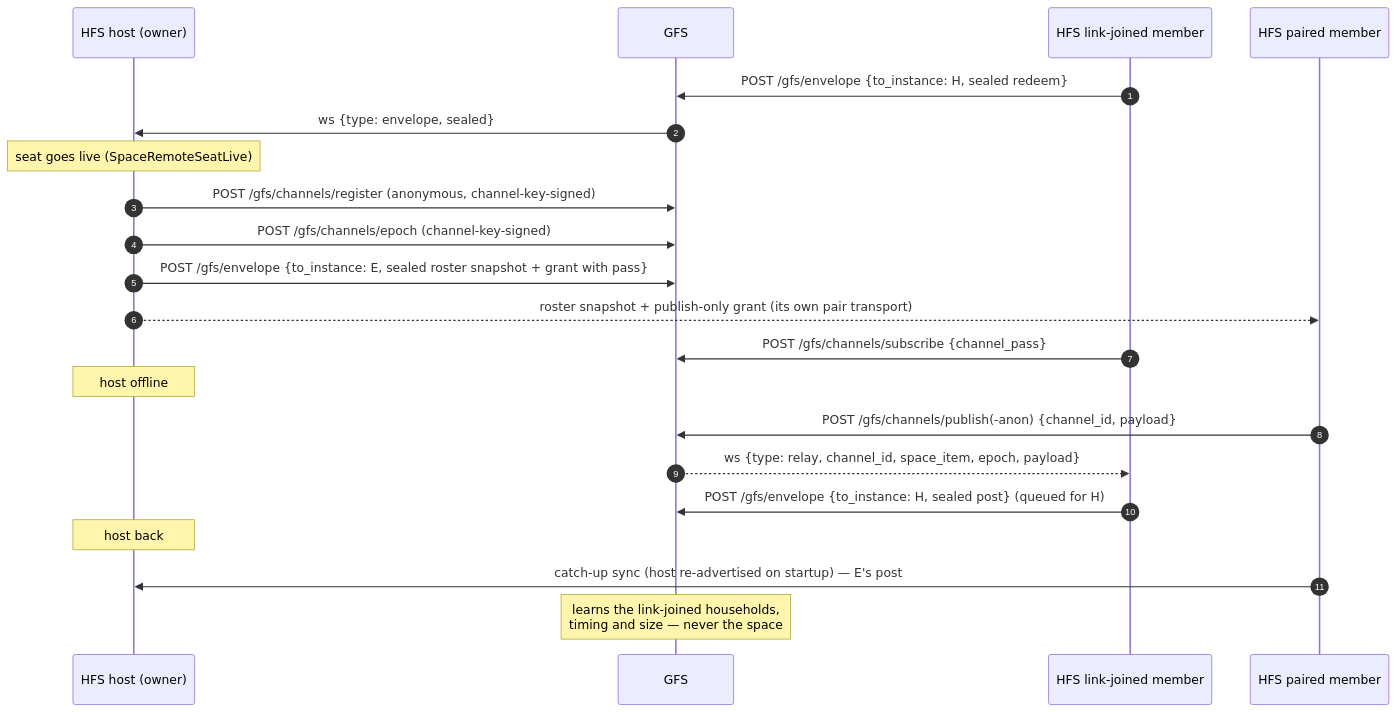
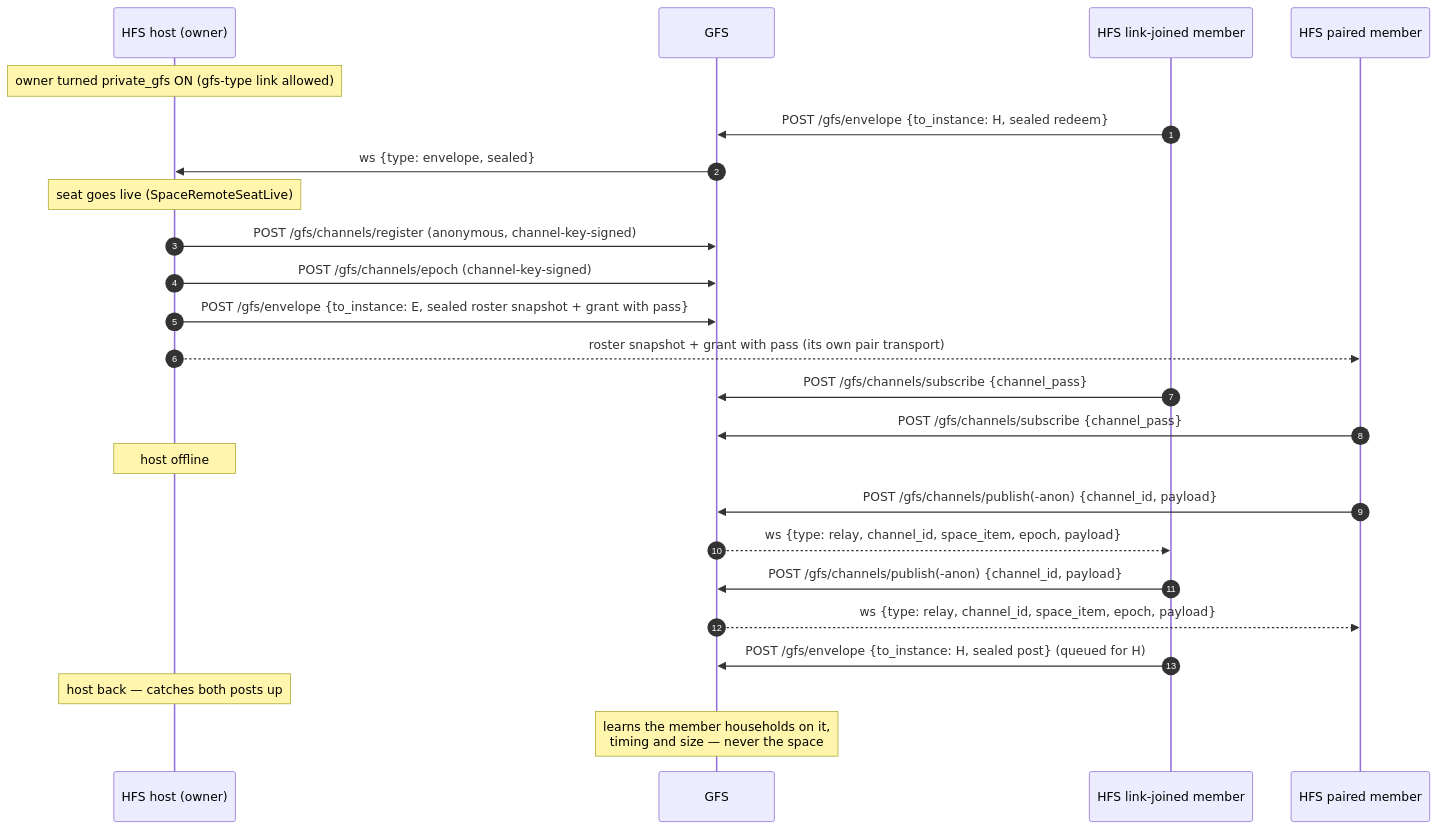
The fourth of 6 diagrams in docs/protocol/invites.md (social-home-io/socialhome), drawn with Mermaid before and after one commit. The commit also changed other lines of this file and 48 other files, not shown here.

First line of the commit message:
Private space owners choose whether to use the GFS, and invite links choose GFS or internal (#820)

````diff
--- a/docs/protocol/invites.md
+++ b/docs/protocol/invites.md
@@ -865,23 +865,26 @@
 ```mermaid
 sequenceDiagram
     autonumber
     participant H as HFS host (owner)
     participant G as GFS
     participant E as HFS link-joined member
     participant M as HFS paired member
+    Note over H: owner turned private_gfs ON (gfs-type link allowed)
     E->>G: POST /gfs/envelope {to_instance: H, sealed redeem}
     G->>H: ws {type: envelope, sealed}
     Note over H: seat goes live (SpaceRemoteSeatLive)
     H->>G: POST /gfs/channels/register (anonymous, channel-key-signed)
     H->>G: POST /gfs/channels/epoch (channel-key-signed)
     H->>G: POST /gfs/envelope {to_instance: E, sealed roster snapshot + grant with pass}
-    H-->>M: roster snapshot + publish-only grant (its own pair transport)
+    H-->>M: roster snapshot + grant with pass (its own pair transport)
     E->>G: POST /gfs/channels/subscribe {channel_pass}
+    M->>G: POST /gfs/channels/subscribe {channel_pass}
     Note over H: host offline
     M->>G: POST /gfs/channels/publish(-anon) {channel_id, payload}
     G-->>E: ws {type: relay, channel_id, space_item, epoch, payload}
+    E->>G: POST /gfs/channels/publish(-anon) {channel_id, payload}
+    G-->>M: ws {type: relay, channel_id, space_item, epoch, payload}
     E->>G: POST /gfs/envelope {to_instance: H, sealed post} (queued for H)
-    Note over H: host back
-    M->>H: catch-up sync (host re-advertised on startup) — E's post
-    Note over G: learns the link-joined households,<br/>timing and size — never the space
+    Note over H: host back — catches both posts up
+    Note over G: learns the member households on it,<br/>timing and size — never the space
 ```
````
